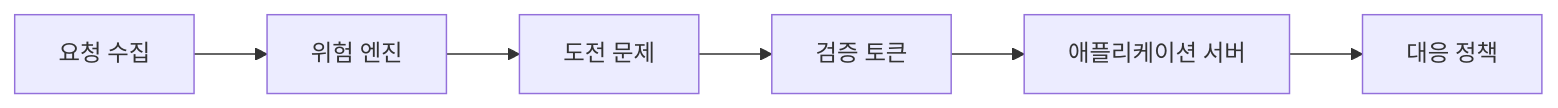
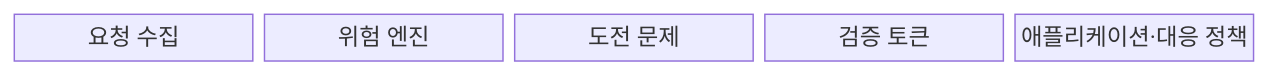
Before and after one commit to agnusdei1207/knowledge-base: the first of 2 diagrams in src/content/docs/notes/05-security/069_captcha.md, drawn with Mermaid. The commit also changed other lines of this file and 7 other files, not shown here.

````diff
--- a/src/content/docs/notes/05-security/069_captcha.md
+++ b/src/content/docs/notes/05-security/069_captcha.md
@@ -62,8 +61,9 @@
 ```mermaid
-flowchart LR
-    A[요청 수집] --> B[위험 엔진]
-    B --> C[도전 문제]
-    C --> D[검증 토큰]
-    D --> E[애플리케이션 서버]
-    E --> F[대응 정책]
+block-beta
+  columns 5
+  A["요청 수집"]
+  B["위험 엔진"]
+  C["도전 문제"]
+  D["검증 토큰"]
+  E["애플리케이션·대응 정책"]
 ```
````
